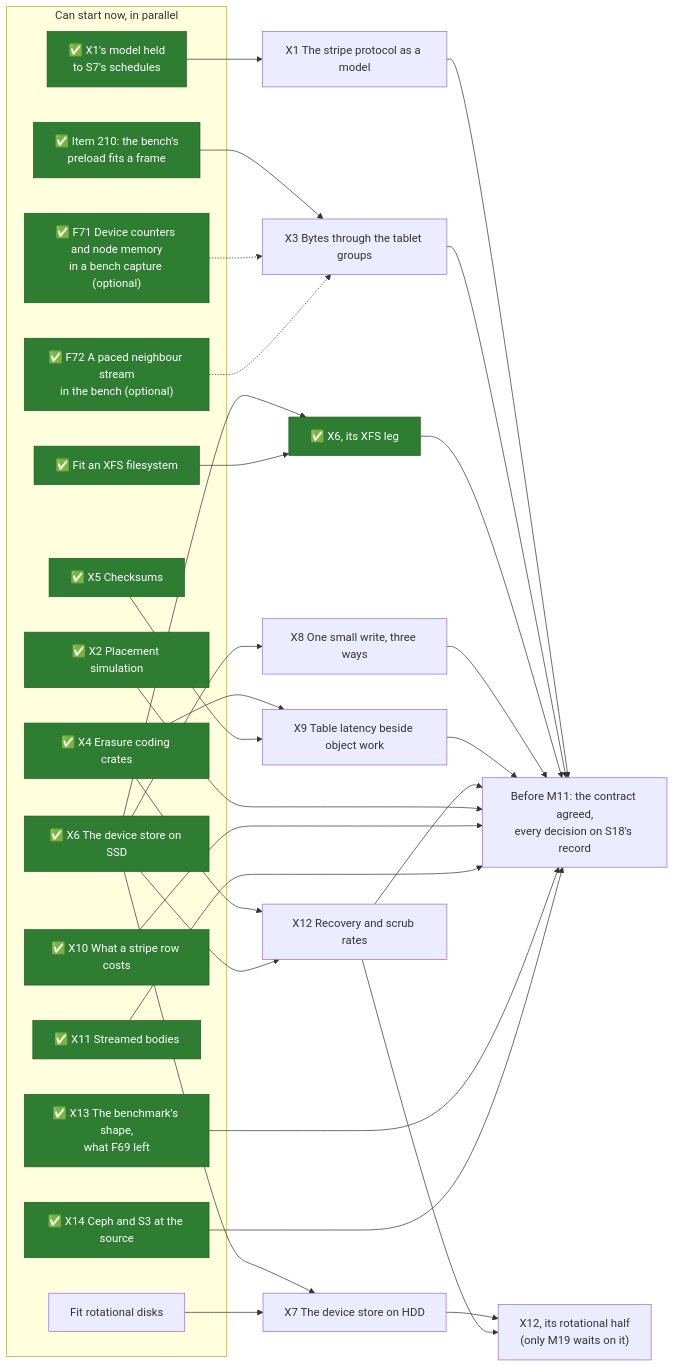
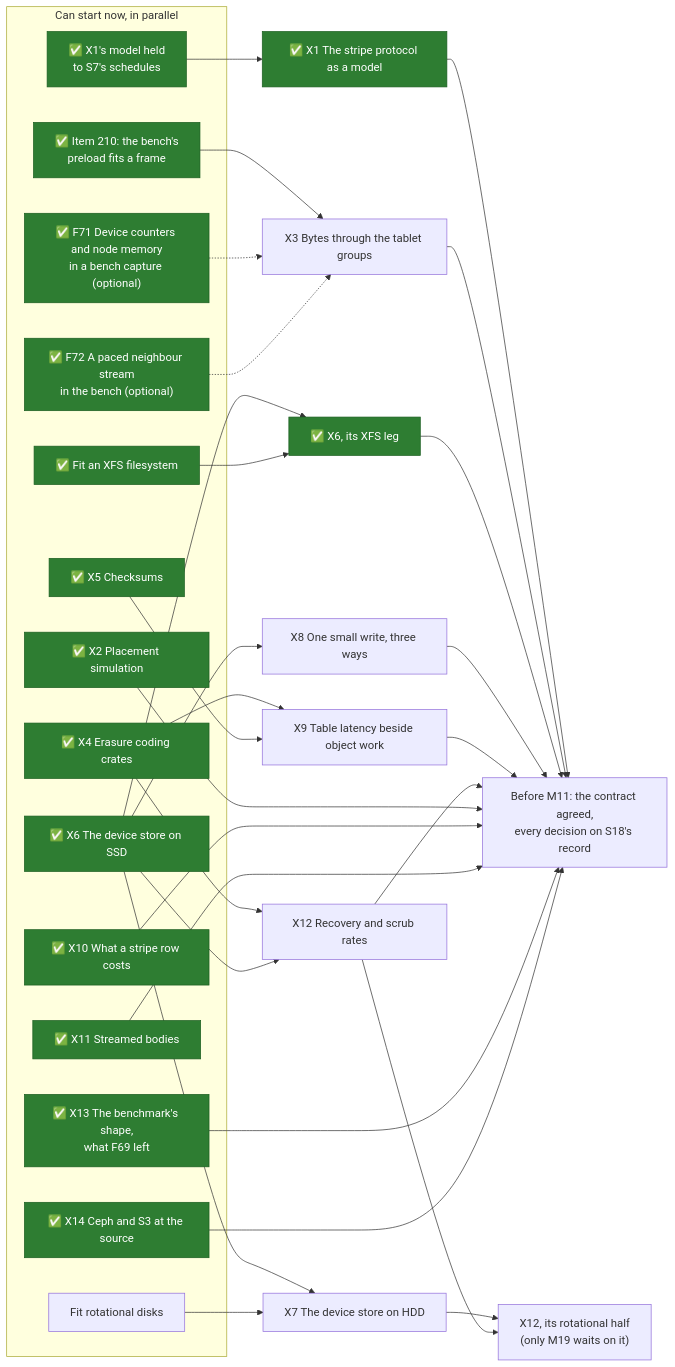
One commit to mjcarson/shoal changed the first of 2 diagrams in docs/src/object-storage/whats-left-todo.md. Above: the diagram before and after it, drawn with Mermaid. The commit also changed other lines of this file and 73 other files, not shown here.

````diff
--- a/docs/src/object-storage/whats-left-todo.md
+++ b/docs/src/object-storage/whats-left-todo.md
@@ -28,56 +29,56 @@
 ```mermaid
 flowchart LR
     classDef done fill:#2e7d32,stroke:#1b5e20,color:#ffffff
     classDef optional stroke-dasharray: 5 5
     subgraph now["Can start now, in parallel"]
         R1["✅ X1's model held<br>to S7's schedules"]:::done
         R2["✅ Item 210: the bench's<br>preload fits a frame"]:::done
         XFS["✅ Fit an XFS filesystem"]:::done
         Disks["Fit rotational disks"]
         X2["✅ X2 Placement simulation"]:::done
         X4["✅ X4 Erasure coding crates"]:::done
         X5["✅ X5 Checksums"]:::done
         X6["✅ X6 The device store on SSD"]:::done
         X10["✅ X10 What a stripe row costs"]:::done
         X11["✅ X11 Streamed bodies"]:::done
         X13["✅ X13 The benchmark's shape,<br>what F69 left"]:::done
         X14["✅ X14 Ceph and S3 at the source"]:::done
         Counters["✅ F71 Device counters and node memory<br>in a bench capture (optional)"]:::done
         Neighbour["✅ F72 A paced neighbour stream<br>in the bench (optional)"]:::done
     end
-    X1["X1 The stripe protocol as a model"]
+    X1["✅ X1 The stripe protocol as a model"]:::done
     X3["X3 Bytes through the tablet groups"]
     X6x["✅ X6, its XFS leg"]:::done
     X7["X7 The device store on HDD"]
     X8["X8 One small write, three ways"]
     X9["X9 Table latency beside object work"]
     X12["X12 Recovery and scrub rates"]
     X12r["X12, its rotational half<br>(only M19 waits on it)"]
     Gate["Before M11: the contract agreed,<br>every decision on S18's record"]
     R1 --> X1
     R2 --> X3
     X6 --> X6x
     XFS --> X6x
     X6 --> X7
     Disks --> X7
     X6 --> X8
     X4 --> X9
     X5 --> X9
     X4 --> X12
     X6 --> X12
     X7 --> X12r
     X12 --> X12r
     Counters -.-> X3
     Neighbour -.-> X3
     X1 --> Gate
     X3 --> Gate
     X6x --> Gate
     X8 --> Gate
     X9 --> Gate
     X12 --> Gate
     X2 ---> Gate
     X10 ---> Gate
     X11 ---> Gate
     X13 ---> Gate
     X14 ---> Gate
 ```
````
